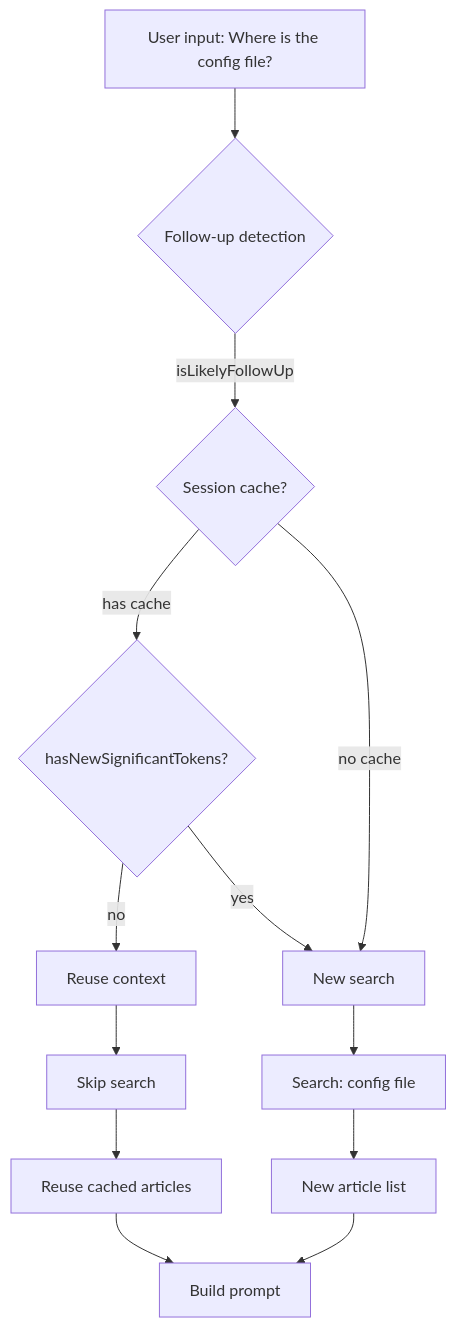
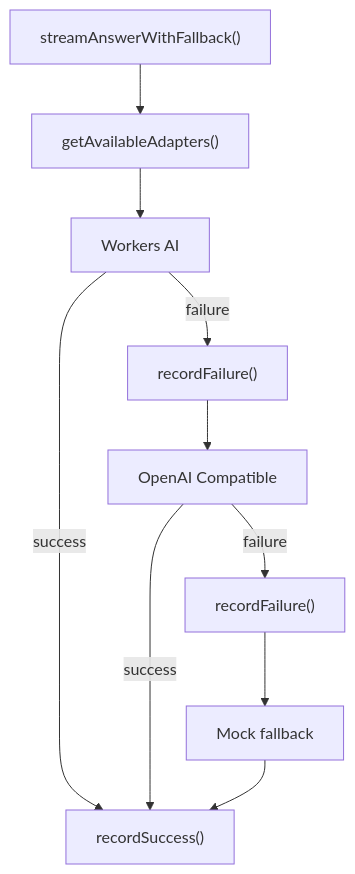
The seventh of 11 diagrams in apps/blog/src/data/blog/en/ai-module-architecture.md (souloss/astro-minblog), drawn with Mermaid before and after one commit. The commit also changed other lines of this file, not shown here.

First line of the commit message:
docs(blog): rewrite English AI architecture deep dive

````diff
--- a/apps/blog/src/data/blog/en/ai-module-architecture.md
+++ b/apps/blog/src/data/blog/en/ai-module-architecture.md
@@ -839,18 +569,12 @@
 ```mermaid
 flowchart TB
-    A["User input: Where is the config file?"] --> B{"Follow-up detection"}
-    B -->|isLikelyFollowUp| C{"Session cache?"}
-    C -->|has cache| D{"hasNewSignificantTokens?"}
-    D -->|no| E["Reuse context"]
-    D -->|yes| F["New search"]
-    C -->|no cache| F
-
-    E --> G["Skip search"]
-    G --> H["Reuse cached articles"]
-
-    F --> I["Search: config file"]
-    I --> J["New article list"]
-
-    H --> K["Build prompt"]
-    J --> K
+    A["streamAnswerWithFallback()"] --> B["getAvailableAdapters()"]
+    B --> C["Workers AI"]
+    C -->|failure| D["recordFailure()"]
+    D --> E["OpenAI Compatible"]
+    E -->|failure| F["recordFailure()"]
+    F --> G["Mock fallback"]
+    C -->|success| H["recordSuccess()"]
+    E -->|success| H
+    G --> H
 ```
````
